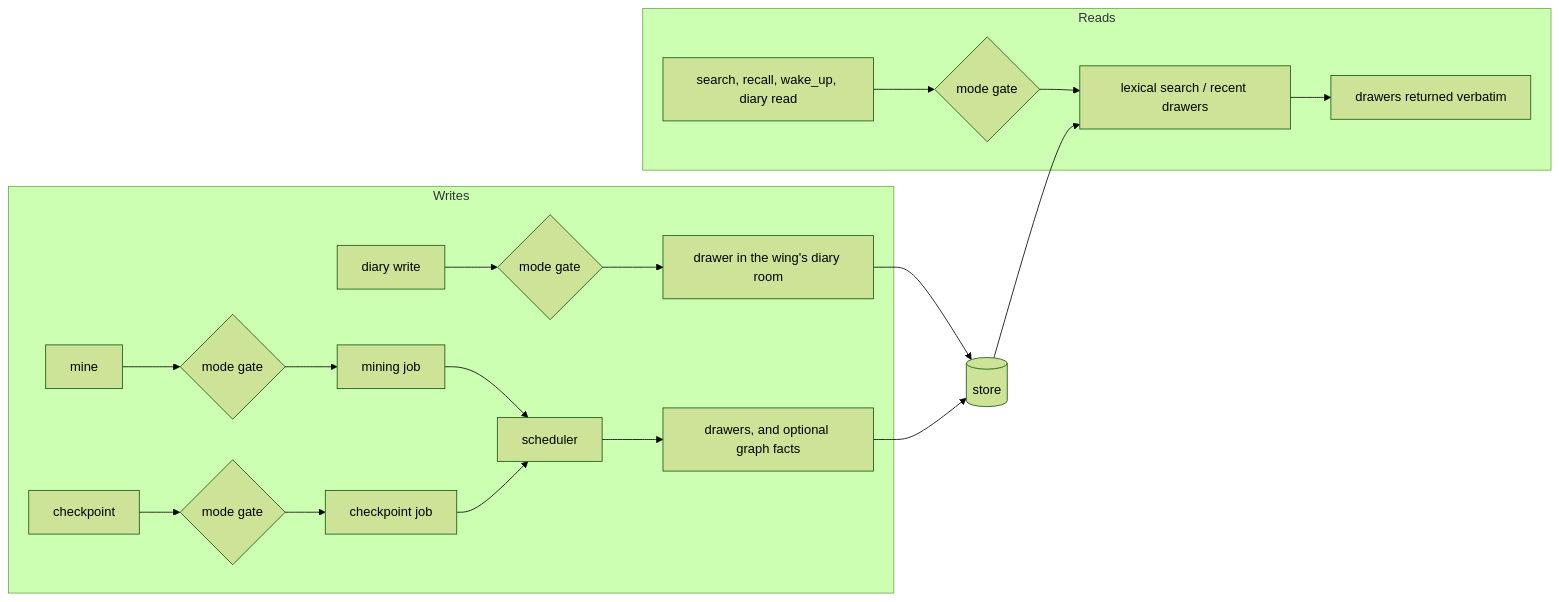
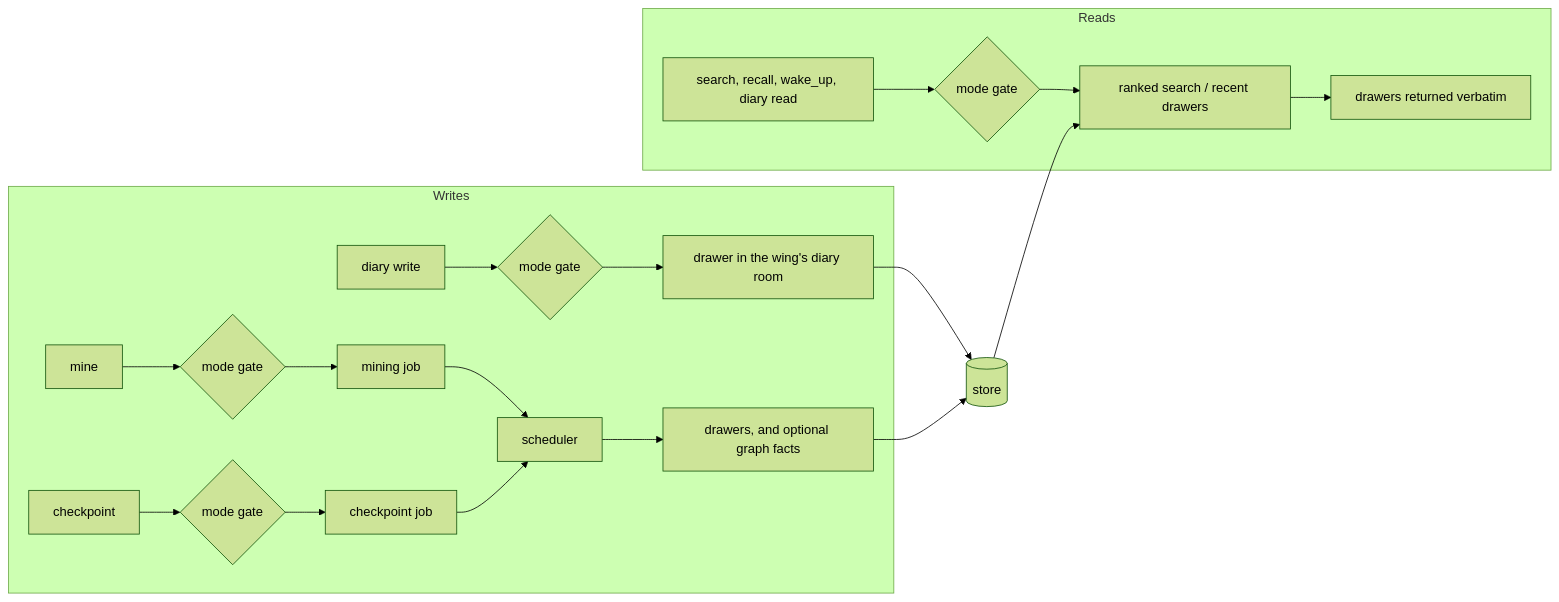
The seventh of 9 diagrams in docs/architecture.md (noirbizarre/memcastle), drawn with Mermaid (forest theme) before and after one commit. The commit also changed other lines of this file and 49 other files, not shown here.

First line of the commit message:
feat(search): SurrealDB-native semantic, hybrid, temporal and graph-aware retrieval (#149)

````diff
--- a/docs/architecture.md
+++ b/docs/architecture.md
@@ -230,20 +268,20 @@
 ```mermaid
 flowchart LR
     subgraph Writes
         DW[diary write] --> G1{mode gate}
         MI[mine] --> G2{mode gate}
         CP[checkpoint] --> G3{mode gate}
         G1 --> D1[drawer in the wing's diary room]
         G2 --> Q1[mining job]
         G3 --> Q2[checkpoint job]
         Q1 & Q2 --> S[scheduler]
         S --> D2[drawers, and optional graph facts]
     end
     subgraph Reads
         RQ[search, recall, wake_up, diary read] --> G4{mode gate}
-        G4 --> LS[lexical search / recent drawers]
+        G4 --> LS[ranked search / recent drawers]
         LS --> RES[drawers returned verbatim]
     end
     D1 & D2 --> DB[(store)]
     DB --> LS
 ```
````
